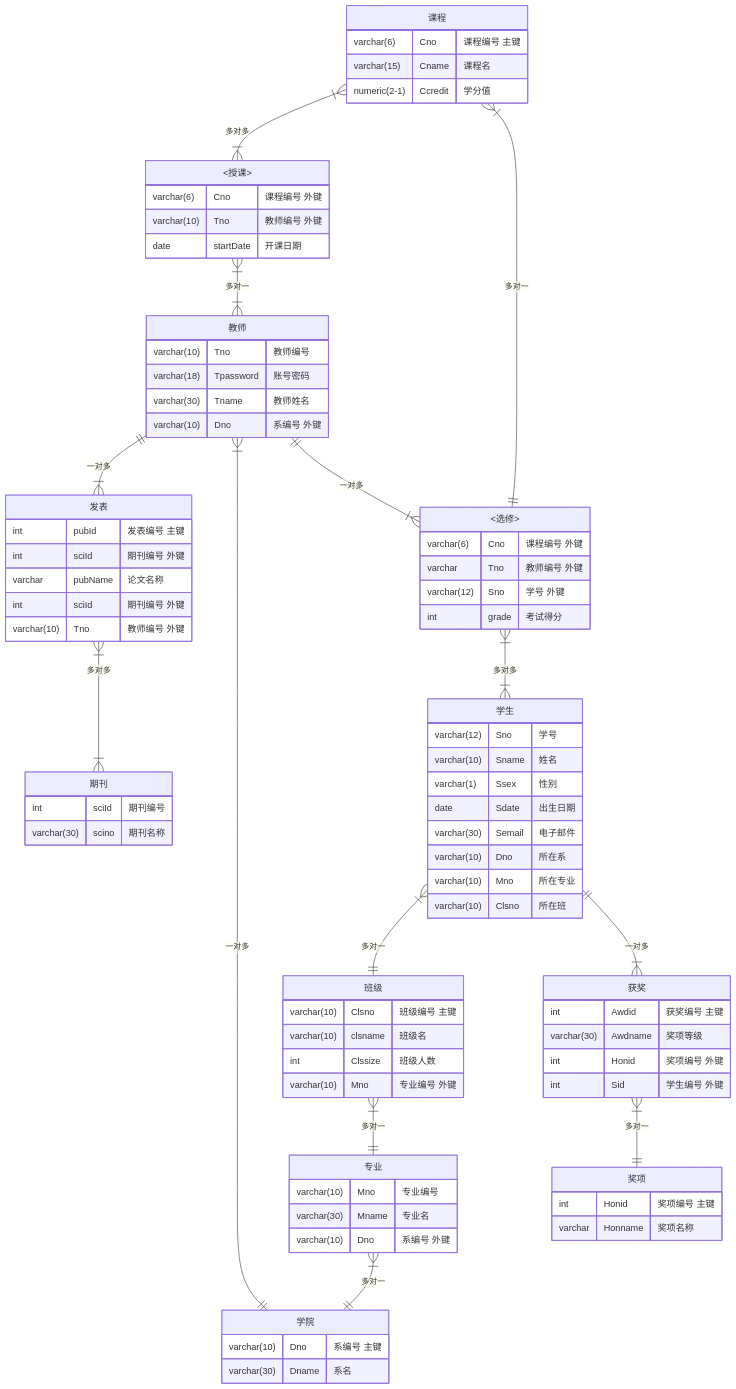
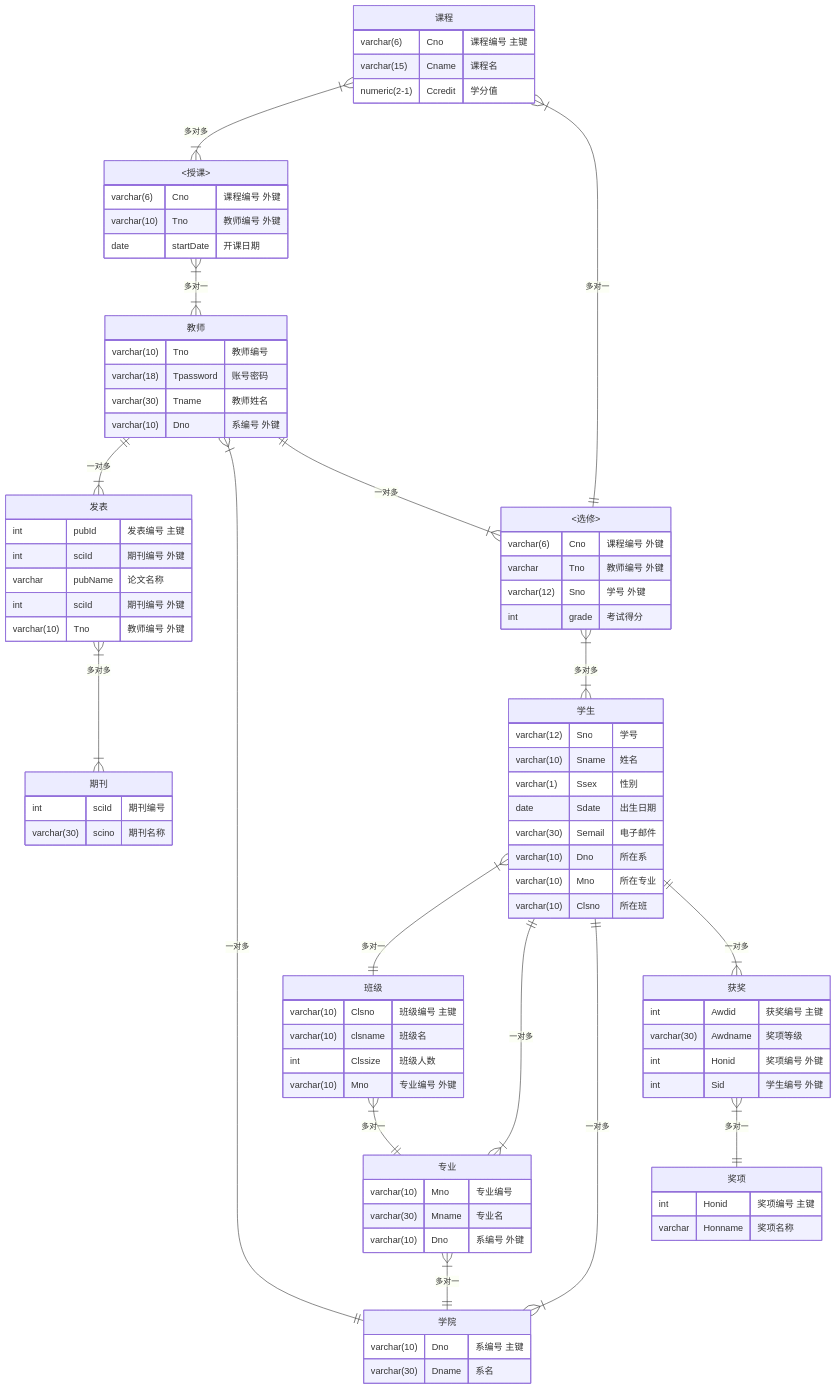
The diagram in README.md (dreamyunight/SmsDB_PHP), drawn with Mermaid before and after one commit.

Commit message:
更改错误

```diff
--- a/README.md
+++ b/README.md
@@ -220,6 +220,8 @@
     public }|--|{ sci : "多对多"
     teacher }|--|| dept : "一对多"
     student }|--|| classes : "多对一"
+    student ||--|{ major : "一对多"
+    student ||--|{ dept : "一对多"
     classes }|--|| major : "多对一"
     major }|--|| dept : "多对一"
     course }|--|| electives : "多对一"
```
